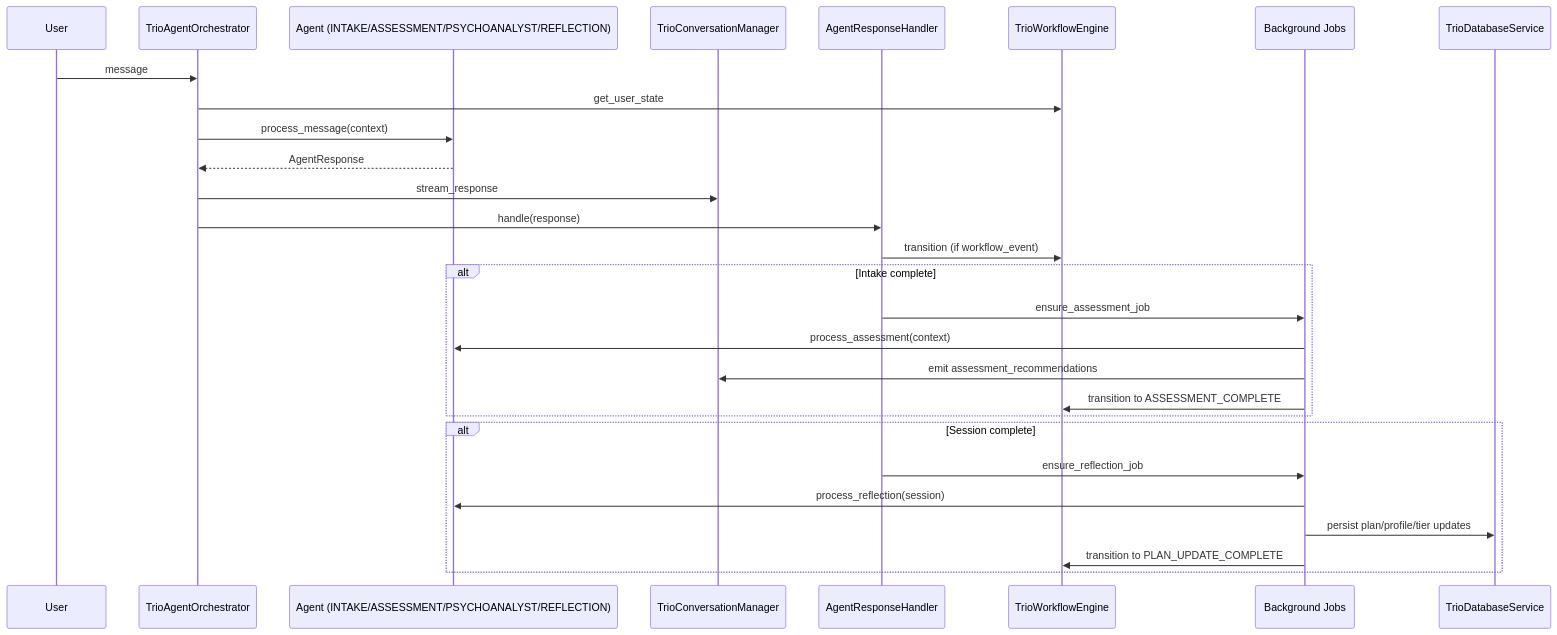
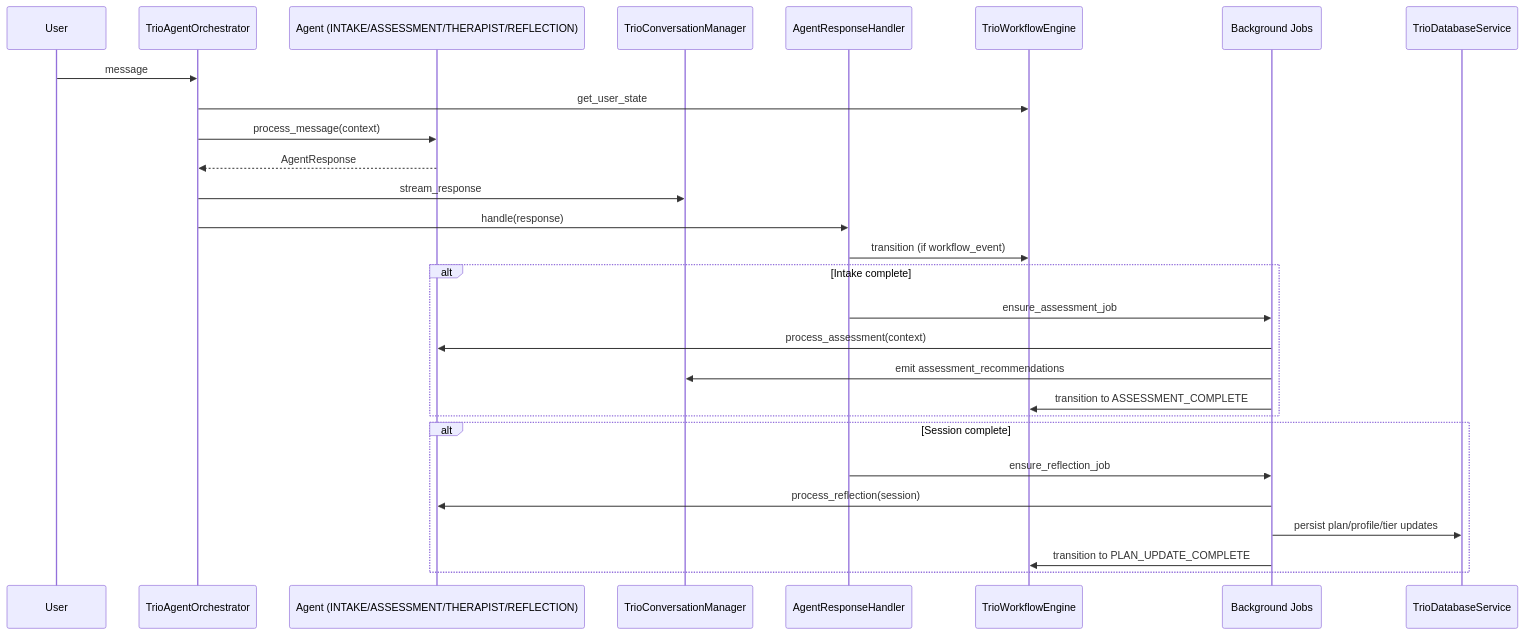
The diagram in docs/agents/README.md (HagbardCel/llm_psychology), drawn with Mermaid before and after one commit. The commit also changed other lines of this file and 31 other files, not shown here.

````diff
--- a/docs/agents/README.md
+++ b/docs/agents/README.md
@@ -49,33 +49,33 @@
 ```mermaid
 sequenceDiagram
     participant User
     participant Orchestrator as TrioAgentOrchestrator
-    participant Agent as Agent (INTAKE/ASSESSMENT/PSYCHOANALYST/REFLECTION)
+    participant Agent as Agent (INTAKE/ASSESSMENT/THERAPIST/REFLECTION)
     participant Conv as TrioConversationManager
     participant Handler as AgentResponseHandler
     participant WF as TrioWorkflowEngine
     participant Jobs as Background Jobs
     participant DB as TrioDatabaseService
 
     User->>Orchestrator: message
     Orchestrator->>WF: get_user_state
     Orchestrator->>Agent: process_message(context)
     Agent-->>Orchestrator: AgentResponse
     Orchestrator->>Conv: stream_response
     Orchestrator->>Handler: handle(response)
     Handler->>WF: transition (if workflow_event)
 
     alt Intake complete
         Handler->>Jobs: ensure_assessment_job
         Jobs->>Agent: process_assessment(context)
         Jobs->>Conv: emit assessment_recommendations
         Jobs->>WF: transition to ASSESSMENT_COMPLETE
     end
 
     alt Session complete
         Handler->>Jobs: ensure_reflection_job
         Jobs->>Agent: process_reflection(session)
         Jobs->>DB: persist plan/profile/tier updates
         Jobs->>WF: transition to PLAN_UPDATE_COMPLETE
     end
 ```
````
